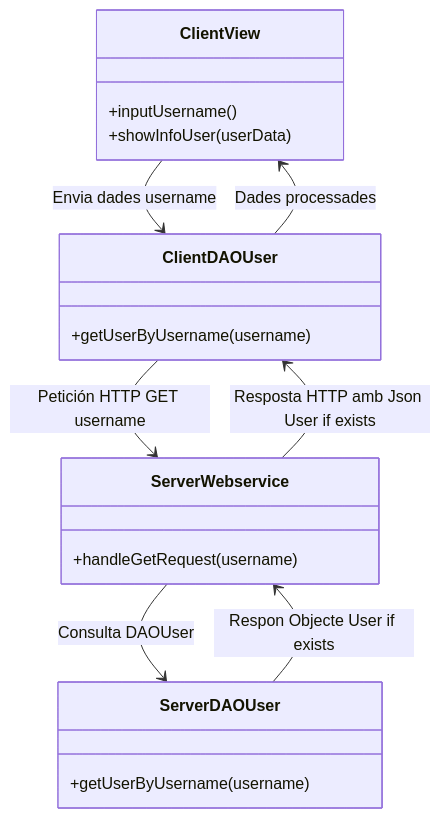
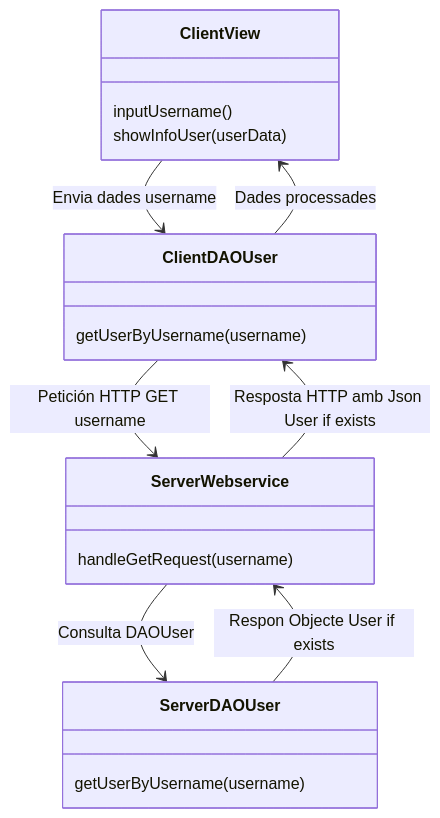
Before and after one commit to maraagm/TapatApp: the diagram in chards/Prototip2.mmd, drawn with Mermaid.

```diff
--- a/chards/Prototip2.mmd
+++ b/chards/Prototip2.mmd
@@ -1,24 +1,24 @@
 classDiagram
     class ClientView {
-        +inputUsername()
-        +showInfoUser(userData)
+        inputUsername()
+        showInfoUser(userData)
     }
 
     class ClientDAOUser {
-        +getUserByUsername(username)
+        getUserByUsername(username)
     }
 
     class ServerWebservice {
-        +handleGetRequest(username)
+        handleGetRequest(username)
     }
 
     class ServerDAOUser {
-        +getUserByUsername(username)
+        getUserByUsername(username)
     }
 
     ClientView --> ClientDAOUser : Envia dades username
     ClientDAOUser --> ServerWebservice : Petición HTTP GET username
     ServerWebservice --> ServerDAOUser : Consulta DAOUser
     ServerDAOUser --> ServerWebservice : Respon Objecte User if exists
     ServerWebservice --> ClientDAOUser : Resposta HTTP amb Json User if exists
     ClientDAOUser --> ClientView : Dades processades
```
